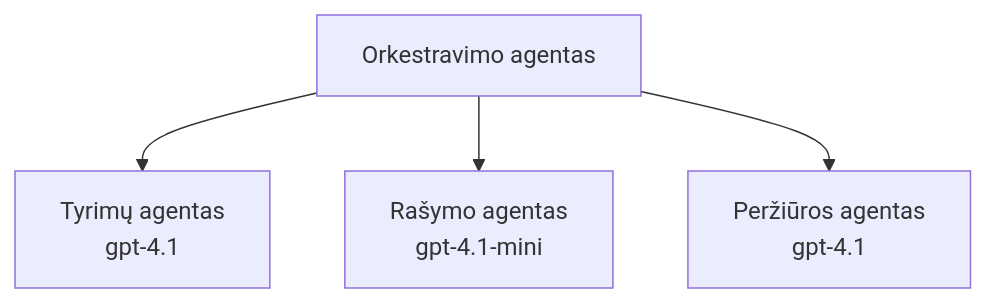
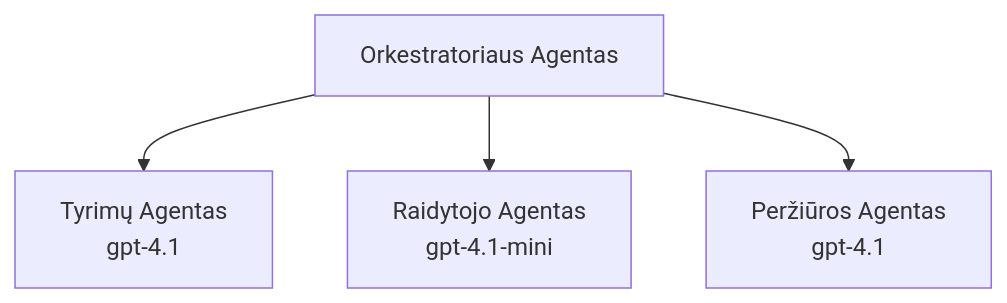
One commit to microsoft/AZD-for-beginners changed the third of 3 diagrams in translations/lt/docs/chapter-02-ai-development/agents.md. Above: the diagram before and after it, drawn with Mermaid. The commit also changed other lines of this file and 101 other files, not shown here.

````diff
--- a/translations/lt/docs/chapter-02-ai-development/agents.md
+++ b/translations/lt/docs/chapter-02-ai-development/agents.md
@@ -189,6 +194,6 @@
 ```mermaid
 graph TD
-    Orchestrator[Orkestravimo agentas] --> Research[Tyrimų agentas<br/>gpt-4.1]
-    Orchestrator --> Writer[Rašymo agentas<br/>gpt-4.1-mini]
-    Orchestrator --> Reviewer[Peržiūros agentas<br/>gpt-4.1]
+    Orchestrator[Orkestratoriaus Agentas] --> Research[Tyrimų Agentas<br/>gpt-4.1]
+    Orchestrator --> Writer[Raidytojo Agentas<br/>gpt-4.1-mini]
+    Orchestrator --> Reviewer[Peržiūros Agentas<br/>gpt-4.1]
 ```
````
